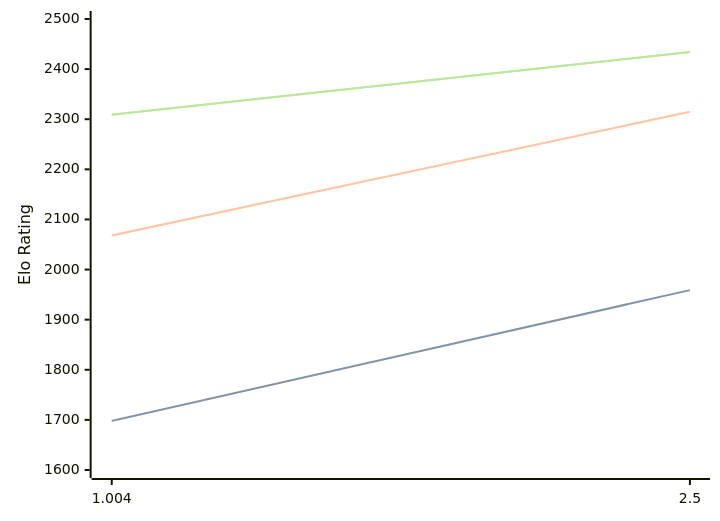
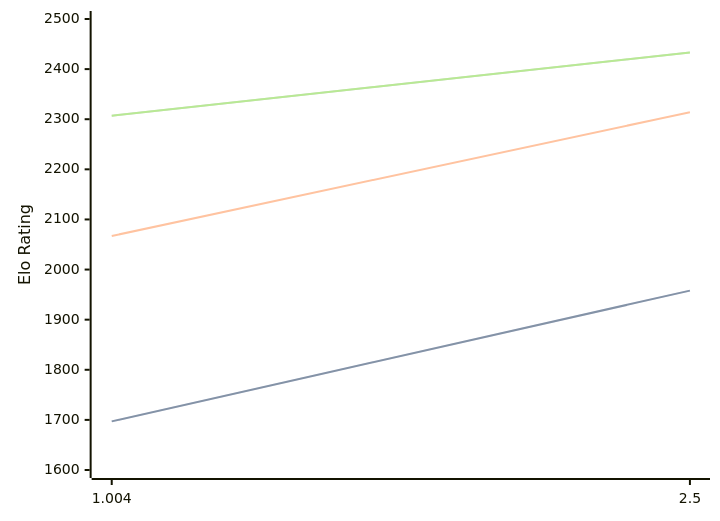
Before and after one commit to computer-chess-index/cci: the third of 3 diagrams in engines/Ares.md, drawn with Mermaid. The commit also changed other lines of this file, not shown here.

Commit message:
Update CCI Ratings (ELO VLTC) - 2026-06-26

````diff
--- a/engines/Ares.md
+++ b/engines/Ares.md
@@ -65,11 +65,11 @@
 ```mermaid
 %%{init: {"theme":"base","themeVariables":{"seriesColors:['#a3a3a3','#222221','#faa371']}}}%%
 xychart-beta
   x-axis ["1.004", "2.5"]
   y-axis "Elo Rating" 1600 --> 2500
-  line "STC (8.0+0.08s)" [1698, 1959]
-  line "STC (8.0+0.08s)" [1698, 1959]
-  line "LTC (60.0+0.60s)" [2068, 2315]
-  line "VLTC (2m24s+1.12s)" [2309, 2434]
-  line "VLTC (2m24s+1.12s)" [2309, 2434]
+  line "STC (8.0+0.08s)" [1697, 1958]
+  line "STC (8.0+0.08s)" [1697, 1958]
+  line "LTC (60.0+0.60s)" [2067, 2314]
+  line "VLTC (2m24s+1.12s)" [2307, 2433]
+  line "VLTC (2m24s+1.12s)" [2307, 2433]
 ```
````
